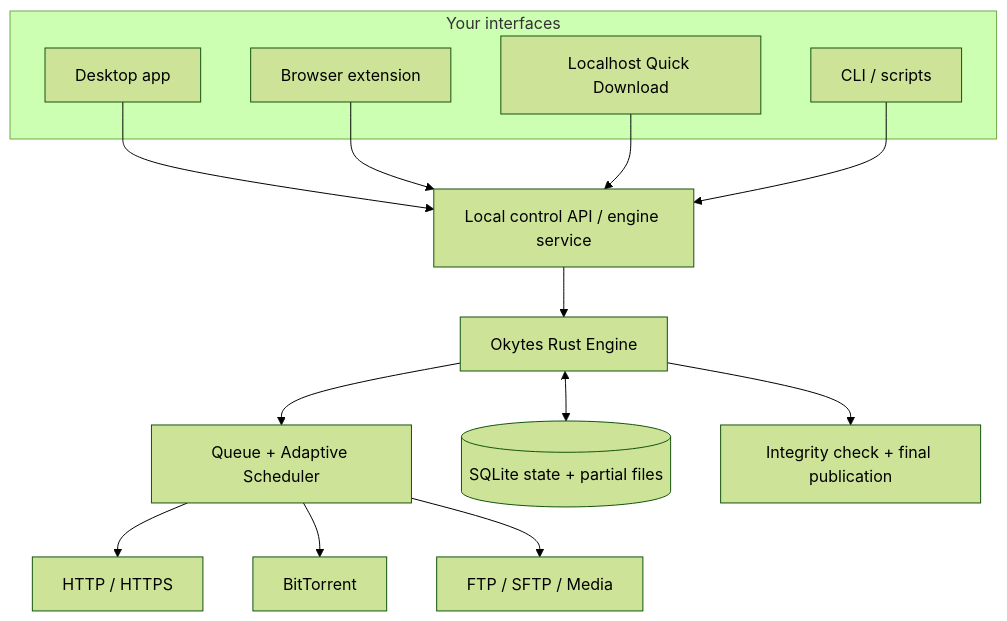
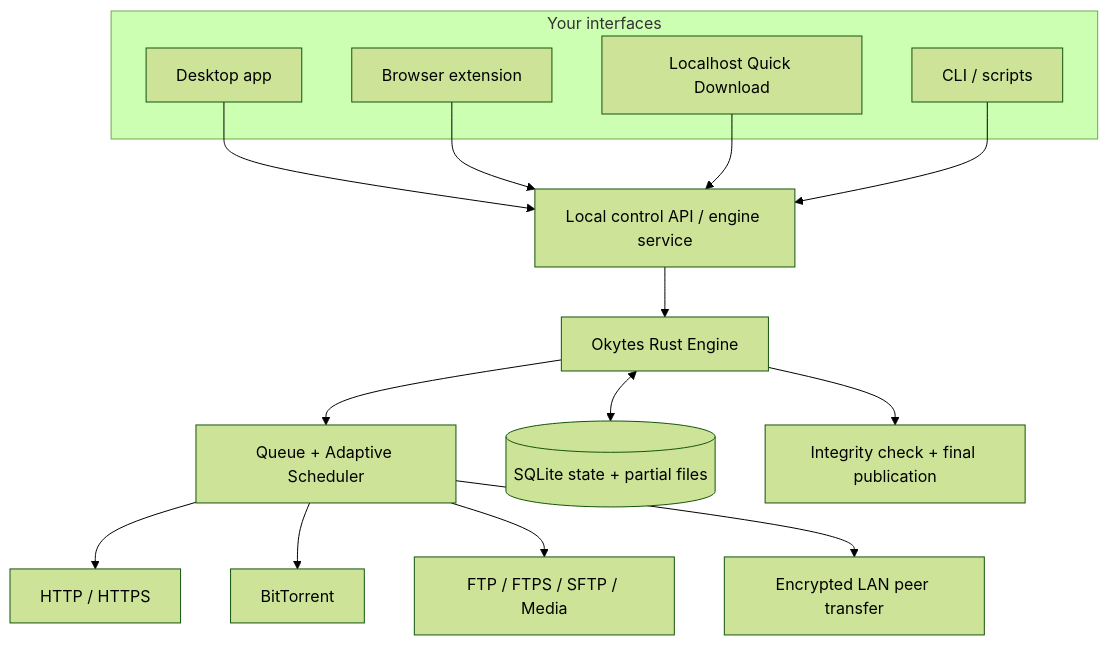
The second of 3 diagrams in README.md (dippendicular/okytes), drawn with Mermaid (forest theme) before and after one commit. The commit also changed other lines of this file and 45 other files, not shown here.

````diff
--- a/README.md
+++ b/README.md
@@ -173,22 +300,40 @@
 ```mermaid
+
 flowchart TB
+
     subgraph Clients[Your interfaces]
+
         Desktop[Desktop app]
+
         Browser[Browser extension]
+
         Quick[Localhost Quick Download]
+
         CLI[CLI / scripts]
+
     end
 
     Desktop --> Control[Local control API / engine service]
+
     Browser --> Control
+
     Quick --> Control
+
     CLI --> Control
 
     Control --> Engine[Okytes Rust Engine]
+
     Engine --> Scheduler[Queue + Adaptive Scheduler]
+
     Scheduler --> HTTP[HTTP / HTTPS]
+
     Scheduler --> Torrent[BitTorrent]
-    Scheduler --> Other[FTP / SFTP / Media]
+
+    Scheduler --> Other[FTP / FTPS / SFTP / Media]
+    Scheduler --> Peer[Encrypted LAN peer transfer]
+
     Engine <--> State[(SQLite state + partial files)]
+
     Engine --> Verify[Integrity check + final publication]
+
 ```
````
